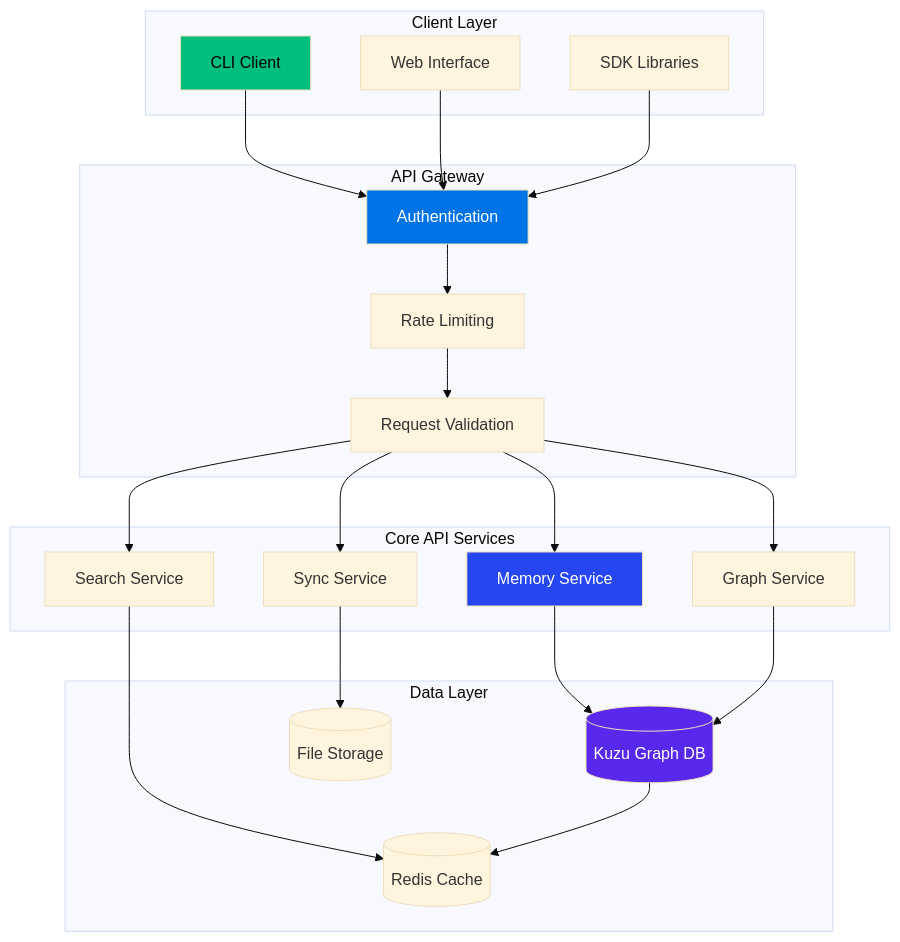
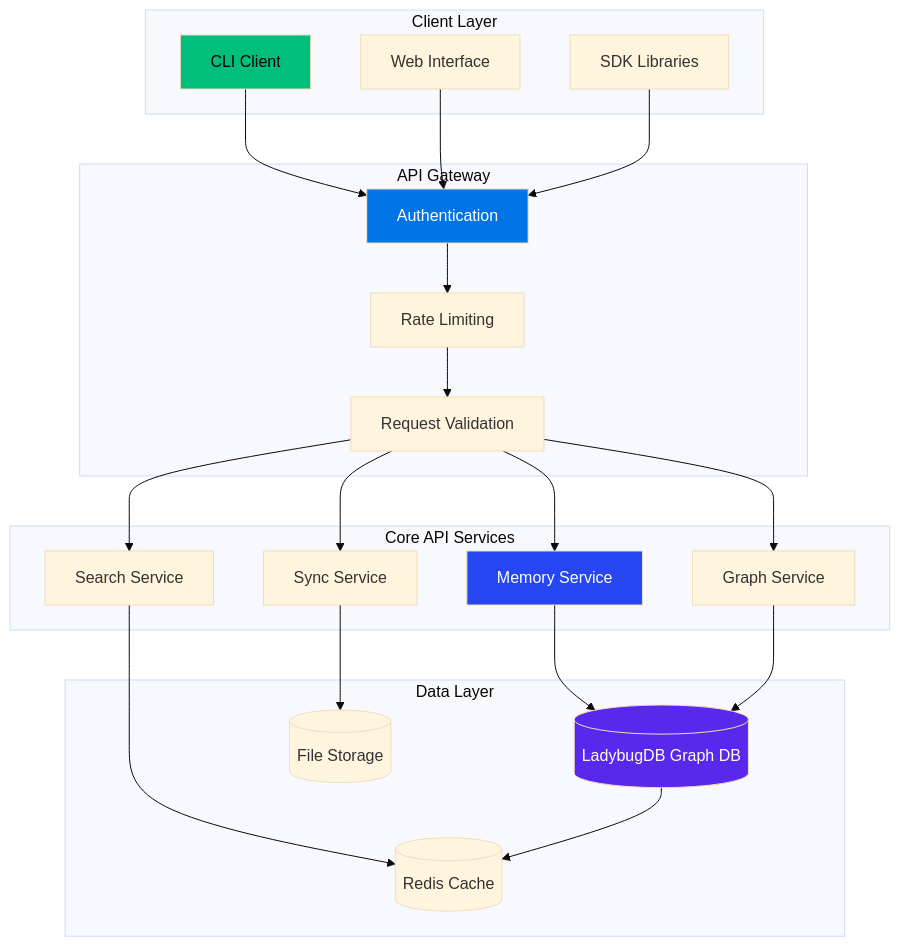
The first of 9 diagrams in docs/api/API_GUIDE.md (elementalcollision/GraphMemory-IDE), drawn with Mermaid (base theme) before and after one commit. The commit also changed other lines of this file and 120 other files, not shown here.

First line of the commit message:
Kuzu → LadybugDB migration (Phases 0–9 + follow-up) (#4)

````diff
--- a/docs/api/API_GUIDE.md
+++ b/docs/api/API_GUIDE.md
@@ -30,50 +30,50 @@
 ```mermaid
 graph TB
     subgraph "Client Layer"
         CLI[CLI Client]
         WEB[Web Interface]
         SDK[SDK Libraries]
     end
     
     subgraph "API Gateway"
         AUTH[Authentication]
         RATE[Rate Limiting]
         VALID[Request Validation]
     end
     
     subgraph "Core API Services"
         MEMORY[Memory Service]
         GRAPH[Graph Service]
         SEARCH[Search Service]
         SYNC[Sync Service]
     end
     
     subgraph "Data Layer"
-        KUZU[(Kuzu Graph DB)]
+        LADYBUG[(LadybugDB Graph DB)]
         CACHE[(Redis Cache)]
         FILES[(File Storage)]
     end
     
     CLI --> AUTH
     WEB --> AUTH
     SDK --> AUTH
     
     AUTH --> RATE
     RATE --> VALID
     VALID --> MEMORY
     VALID --> GRAPH
     VALID --> SEARCH
     VALID --> SYNC
     
-    MEMORY --> KUZU
-    GRAPH --> KUZU
+    MEMORY --> LADYBUG
+    GRAPH --> LADYBUG
     SEARCH --> CACHE
     SYNC --> FILES
     
-    KUZU --> CACHE
+    LADYBUG --> CACHE
     
     style CLI fill:#00bf7d,color:#000000
     style AUTH fill:#0073e6,color:#ffffff
     style MEMORY fill:#2546f0,color:#ffffff
-    style KUZU fill:#5928ed,color:#ffffff
+    style LADYBUG fill:#5928ed,color:#ffffff
 ```
````
